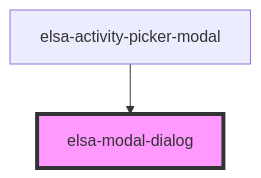
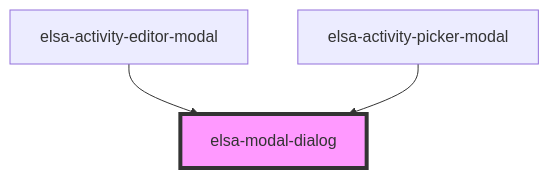
Before and after one commit to elsa-workflows/elsa-core: the diagram in src/designer/elsa-workflows-studio/src/components/shared/elsa-modal-dialog/readme.md, drawn with Mermaid. The commit also changed other lines of this file and 19 other files, not shown here.

````diff
--- a/src/designer/elsa-workflows-studio/src/components/shared/elsa-modal-dialog/readme.md
+++ b/src/designer/elsa-workflows-studio/src/components/shared/elsa-modal-dialog/readme.md
@@ -38,5 +39,6 @@
 ```mermaid
 graph TD;
+  elsa-activity-editor-modal --> elsa-modal-dialog
   elsa-activity-picker-modal --> elsa-modal-dialog
   style elsa-modal-dialog fill:#f9f,stroke:#333,stroke-width:4px
 ```
````
